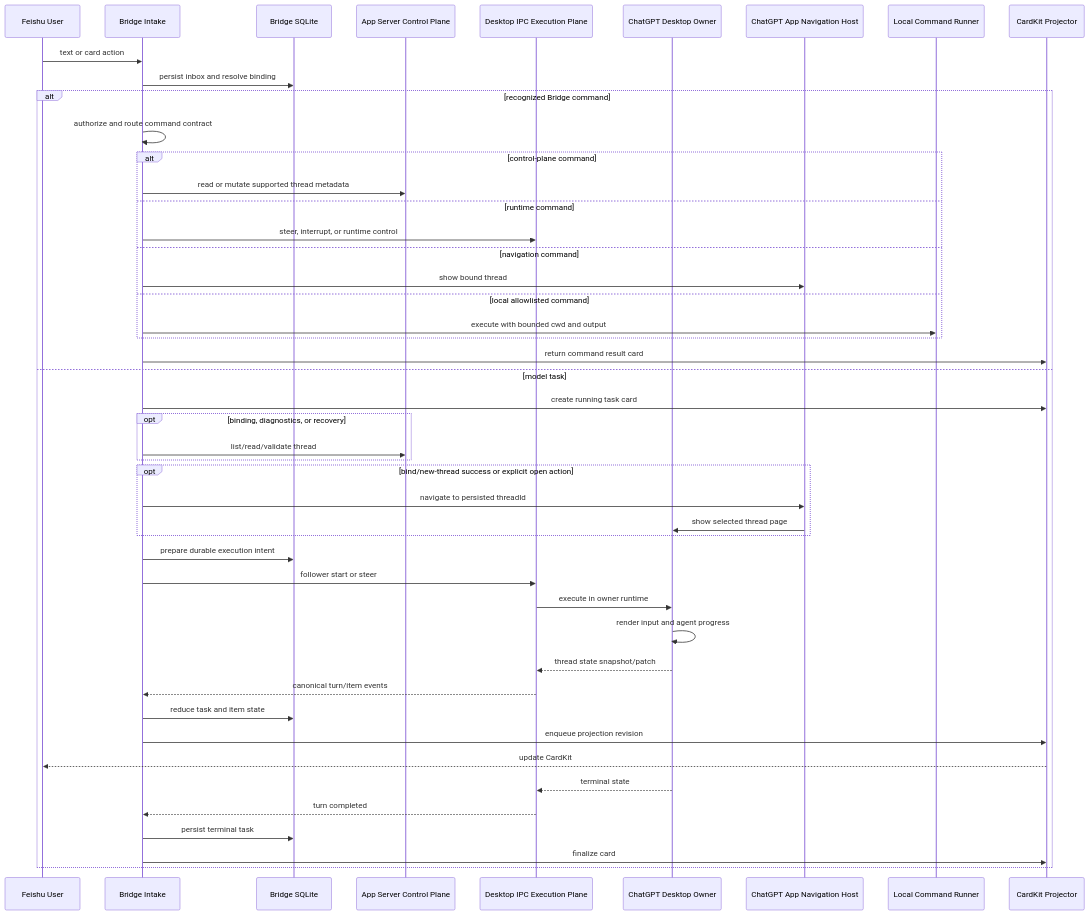
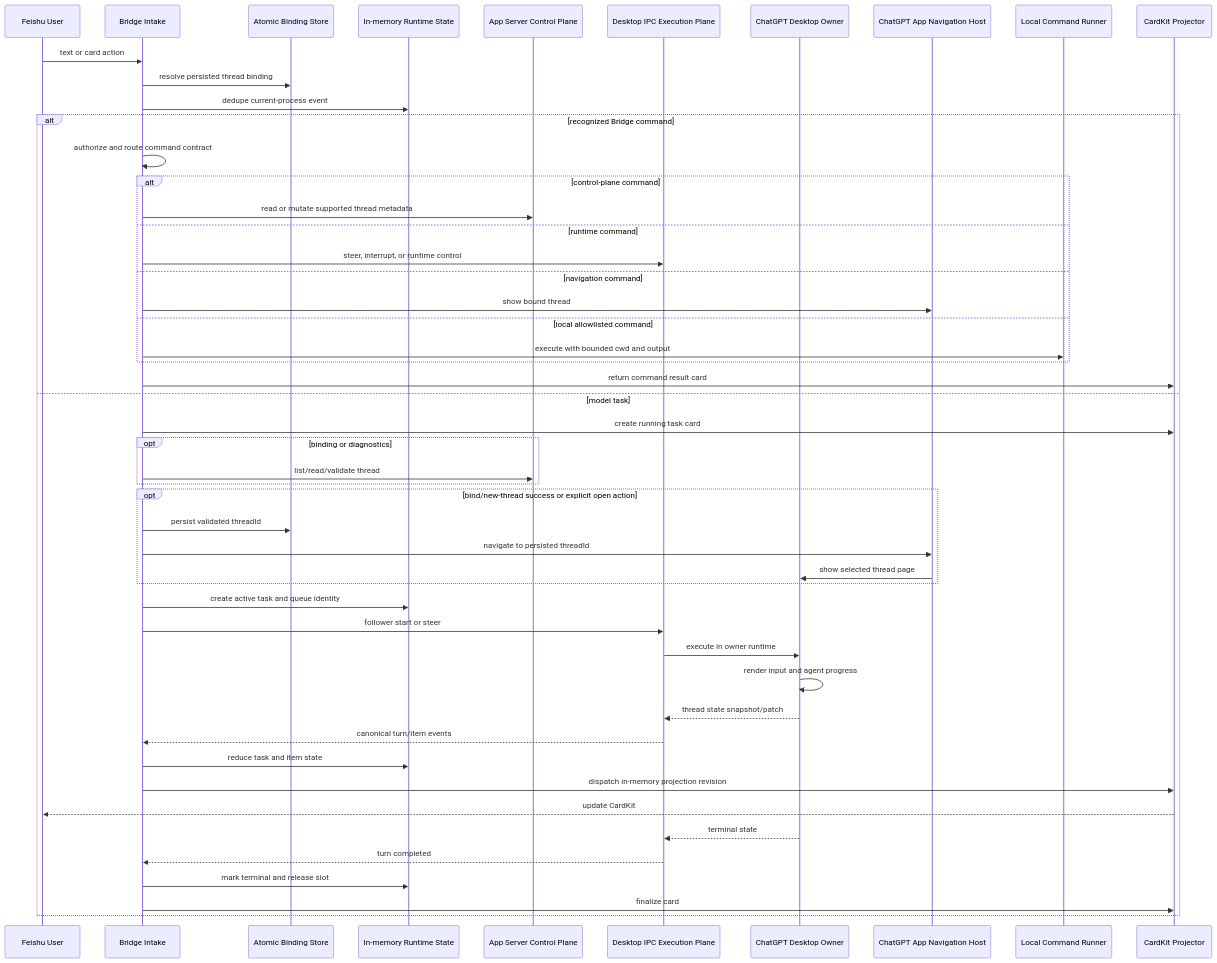
The first of 4 diagrams in docs/plans/2026-07-14-001-feat-feishu-chatgpt-desktop-ipc-bridge-plan.md (jylaxp/codex-feishu-bridge), drawn with Mermaid before and after one commit. The commit also changed other lines of this file and 9 other files, not shown here.

````diff
--- a/docs/plans/2026-07-14-001-feat-feishu-chatgpt-desktop-ipc-bridge-plan.md
+++ b/docs/plans/2026-07-14-001-feat-feishu-chatgpt-desktop-ipc-bridge-plan.md
@@ -262,50 +355,53 @@
 ```mermaid
 sequenceDiagram
     participant F as Feishu User
     participant I as Bridge Intake
-    participant D as Bridge SQLite
+    participant B as Atomic Binding Store
+    participant M as In-memory Runtime State
     participant A as App Server Control Plane
     participant X as Desktop IPC Execution Plane
     participant C as ChatGPT Desktop Owner
     participant G as ChatGPT App Navigation Host
     participant L as Local Command Runner
     participant P as CardKit Projector
 
     F->>I: text or card action
-    I->>D: persist inbox and resolve binding
+    I->>B: resolve persisted thread binding
+    I->>M: dedupe current-process event
     alt recognized Bridge command
         I->>I: authorize and route command contract
         alt control-plane command
             I->>A: read or mutate supported thread metadata
         else runtime command
             I->>X: steer, interrupt, or runtime control
         else navigation command
             I->>G: show bound thread
         else local allowlisted command
             I->>L: execute with bounded cwd and output
         end
         I->>P: return command result card
     else model task
     I->>P: create running task card
-    opt binding, diagnostics, or recovery
+    opt binding or diagnostics
         I->>A: list/read/validate thread
     end
     opt bind/new-thread success or explicit open action
+        I->>B: persist validated threadId
         I->>G: navigate to persisted threadId
         G->>C: show selected thread page
     end
-    I->>D: prepare durable execution intent
+    I->>M: create active task and queue identity
     I->>X: follower start or steer
     X->>C: execute in owner runtime
     C->>C: render input and agent progress
     C-->>X: thread state snapshot/patch
     X-->>I: canonical turn/item events
-    I->>D: reduce task and item state
-    I->>P: enqueue projection revision
+    I->>M: reduce task and item state
+    I->>P: dispatch in-memory projection revision
     P-->>F: update CardKit
     C-->>X: terminal state
     X-->>I: turn completed
-    I->>D: persist terminal task
+    I->>M: mark terminal and release slot
     I->>P: finalize card
     end
 ```
````
